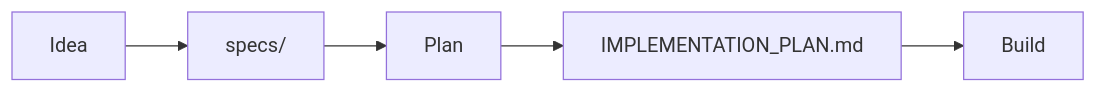
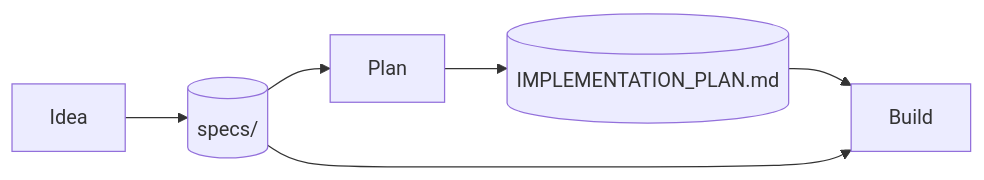
One commit to zcox/ralph-template changed the diagram in README.md. Above: the diagram before and after it, drawn with Mermaid.

````diff
--- a/README.md
+++ b/README.md
@@ -10,7 +10,8 @@
 ```mermaid
 graph LR
-    A[Idea] --> B[specs/]
+    A[Idea] --> B[(specs/)]
     B --> C[Plan]
-    C --> D[IMPLEMENTATION_PLAN.md]
+    C --> D[(IMPLEMENTATION_PLAN.md)]
     D --> E[Build]
+    B --> E
 ```
````
